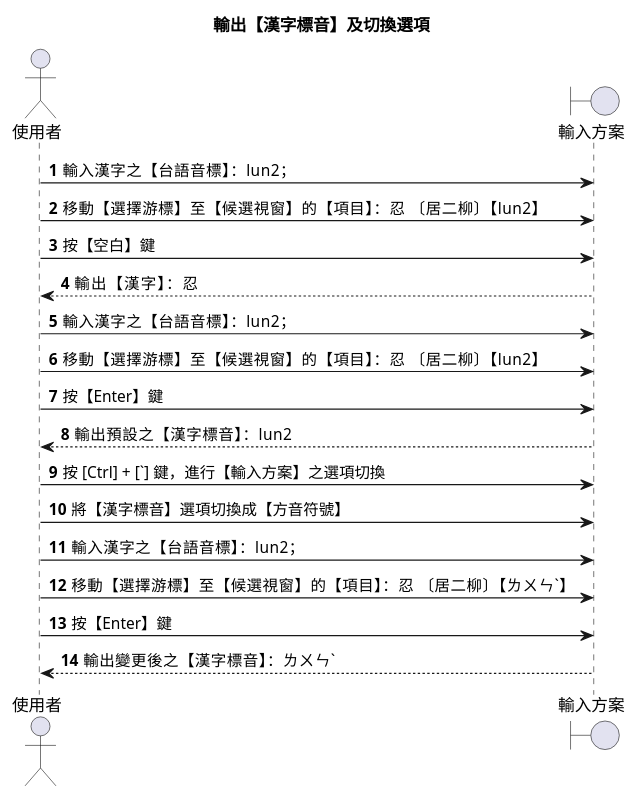
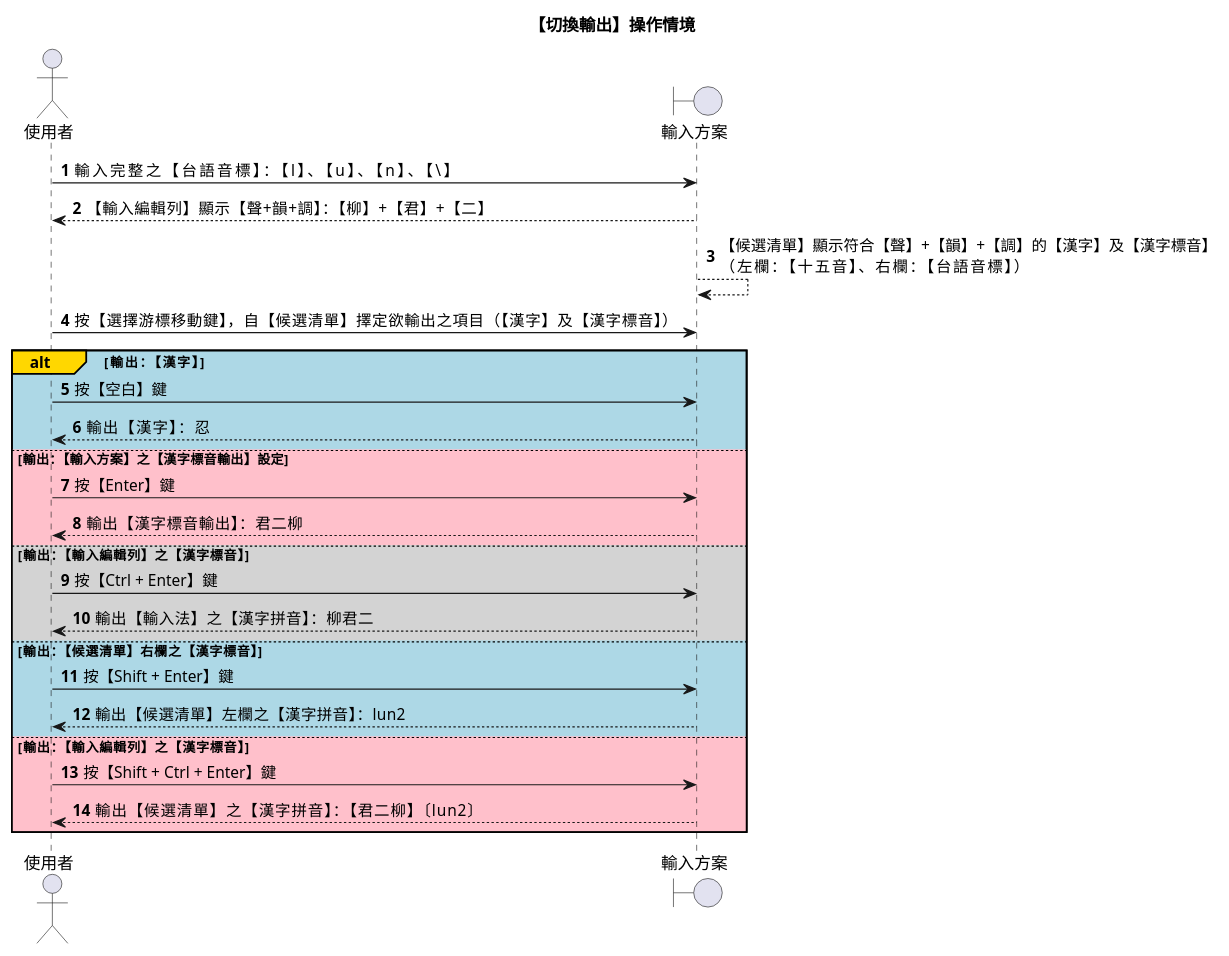
One commit to AlanJui/rime-tlpa changed diagram 13 of 13 in docs/310_反切輸入法【台語音標】設計規格.md. Above: the diagram before and after it, drawn with PlantUML. The commit also changed other lines of this file, not shown here.

````diff
--- a/docs/310_反切輸入法【台語音標】設計規格.md
+++ b/docs/310_反切輸入法【台語音標】設計規格.md
@@ -504,27 +668,32 @@
 ```plantuml
 @startuml
-title 輸出【漢字標音】及切換選項
+title 【切換輸出】操作情境
 actor 使用者 as user
 boundary 輸入方案 as ime
 autonumber
 
-user -> ime: 輸入漢字之【台語音標】：lun2；
-user -> ime : 移動【選擇游標】至【候選視窗】的【項目】：忍 〔居二柳〕【lun2】
-user -> ime : 按【空白】鍵
-ime --> user : 輸出【漢字】：忍
+user -> ime : 輸入完整之【台語音標】：【l】、【u】、【n】、【\】
+ime --> user : 【輸入編輯列】顯示【聲+韻+調】：【柳】+【君】+【二】
+ime --> ime : 【候選清單】顯示符合【聲】+【韻】+【調】的【漢字】及【漢字標音】\n（左欄：【十五音】、右欄：【台語音標】）
 
-user -> ime: 輸入漢字之【台語音標】：lun2；
-user -> ime : 移動【選擇游標】至【候選視窗】的【項目】：忍 〔居二柳〕【lun2】
-user -> ime : 按【Enter】鍵
-ime --> user : 輸出預設之【漢字標音】：lun2
+user -> ime : 按【選擇游標移動鍵】，自【候選清單】擇定欲輸出之項目（【漢字】及【漢字標音】）
 
-user -> ime : 按 [Ctrl] + [`] 鍵，進行【輸入方案】之選項切換
-user -> ime : 將【漢字標音】選項切換成【方音符號】
-
-user -> ime: 輸入漢字之【台語音標】：lun2；
-user -> ime : 移動【選擇游標】至【候選視窗】的【項目】：忍 〔居二柳〕【ㄌㄨㄣˋ】
-user -> ime : 按【Enter】鍵
-ime --> user : 輸出變更後之【漢字標音】：ㄌㄨㄣˋ
+alt#Gold #LightBlue 輸出：【漢字】
+    user -> ime : 按【空白】鍵
+    ime --> user : 輸出【漢字】：忍
+else #Pink 輸出：【輸入方案】之【漢字標音輸出】設定
+    user -> ime : 按【Enter】鍵
+    ime --> user : 輸出【漢字標音輸出】：君二柳
+else #LightGrey 輸出：【輸入編輯列】之【漢字標音】
+    user -> ime : 按【Ctrl + Enter】鍵
+    ime --> user : 輸出【輸入法】之【漢字拼音】：柳君二
+else #LightBlue 輸出：【候選清單】右欄之【漢字標音】
+    user -> ime : 按【Shift + Enter】鍵
+    ime --> user : 輸出【候選清單】左欄之【漢字拼音】：lun2
+else #Pink 輸出：【輸入編輯列】之【漢字標音】
+    user -> ime : 按【Shift + Ctrl + Enter】鍵
+    ime --> user : 輸出【候選清單】之【漢字拼音】：【君二柳】〔lun2〕
+end
 
 @enduml
 ```
````
